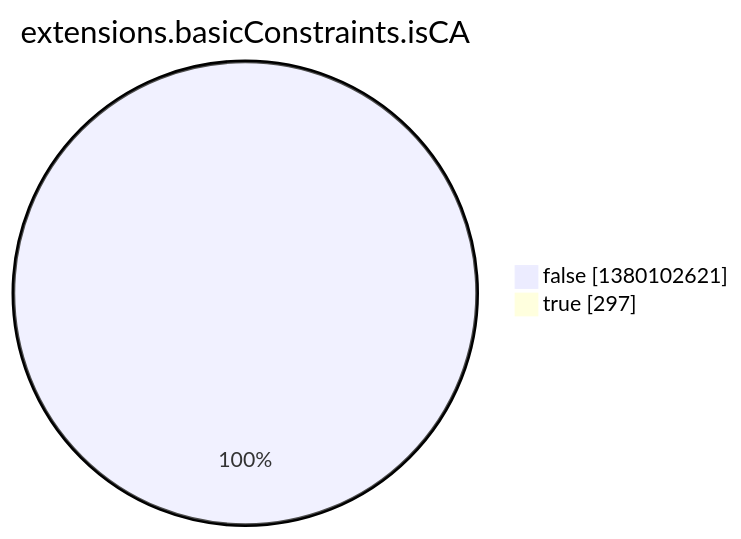
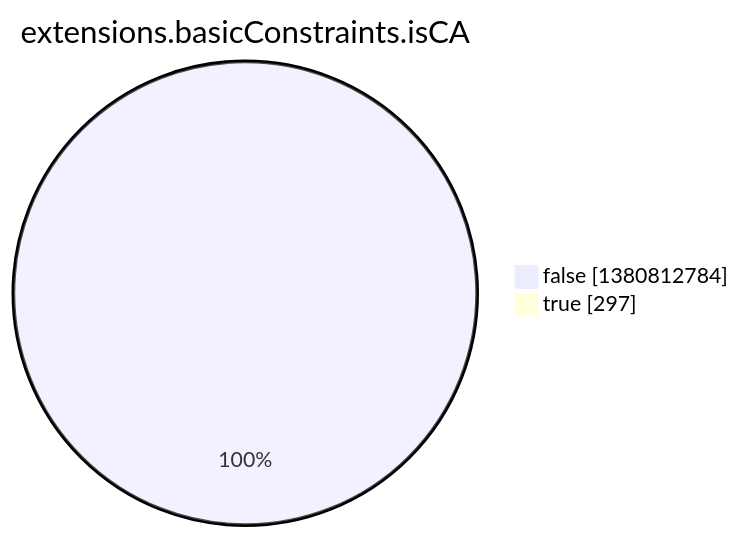
Before and after one commit to christiankrug/ctmonitor_visualization: the eighth of 15 diagrams in argon2022/README.md, drawn with Mermaid. The commit also changed other lines of this file, not shown here.

````diff
--- a/argon2022/README.md
+++ b/argon2022/README.md
@@ -2759,6 +2759,6 @@
 ```mermaid
 pie showData
 title extensions.basicConstraints.isCA
-"false" :1380102621
+"false" :1380812784
 "true" :297
 ```
````
